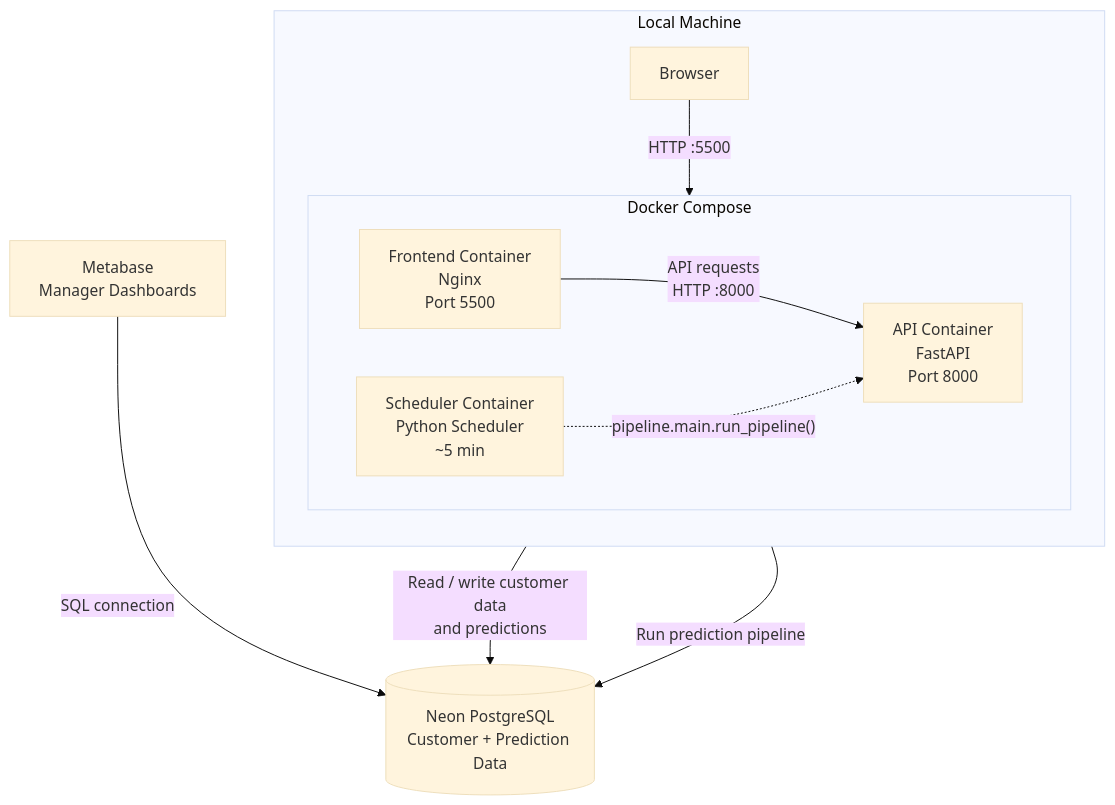
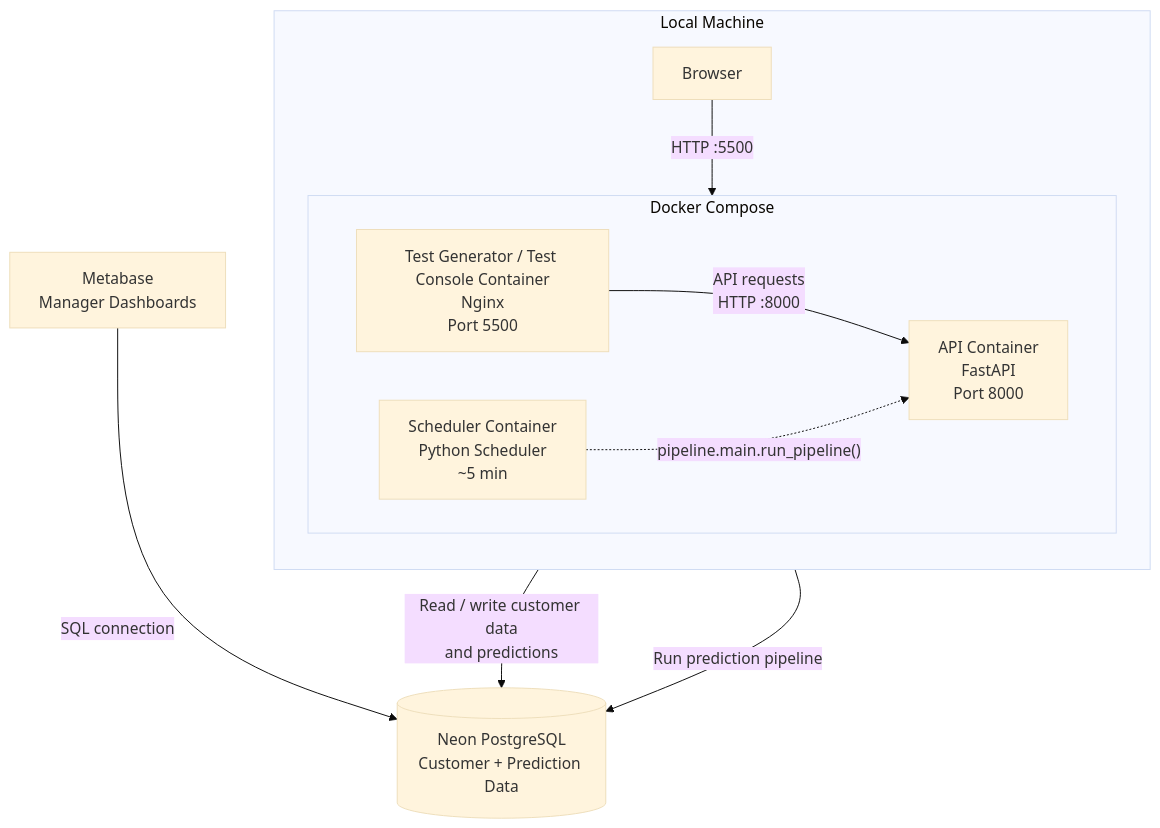
Before and after one commit to Tharuni-23/Customer-Churn-Prediction-And-Lifetime-Value-LTV-Engine: diagram 11 of 12 in README.md, drawn with Mermaid (base theme). The commit also changed other lines of this file and 5 other files, not shown here.

````diff
--- a/README.md
+++ b/README.md
@@ -637,29 +632,29 @@
 ```mermaid
 flowchart TB
     subgraph LOCAL["Local Machine"]
         direction TB
 
         subgraph DOCKER["Docker Compose"]
             direction LR
 
-            FE["Frontend Container<br/>Nginx<br/>Port 5500"]
+            FE["Test Generator / Test Console Container<br/>Nginx<br/>Port 5500"]
             API["API Container<br/>FastAPI<br/>Port 8000"]
             SCH["Scheduler Container<br/>Python Scheduler<br/>~5 min"]
         end
 
         BROWSER["Browser"]
     end
 
     NEON[("Neon PostgreSQL<br/>Customer + Prediction Data")]
     MB["Metabase<br/>Manager Dashboards"]
 
     BROWSER -->|"HTTP :5500"| FE
     FE -->|"API requests<br/>HTTP :8000"| API
 
     API -->|"Read / write customer data<br/>and predictions"| NEON
     SCH -->|"Run prediction pipeline"| NEON
 
     MB -->|"SQL connection"| NEON
 
     SCH -.->|"pipeline.main.run_pipeline()"| API
 ```
````
